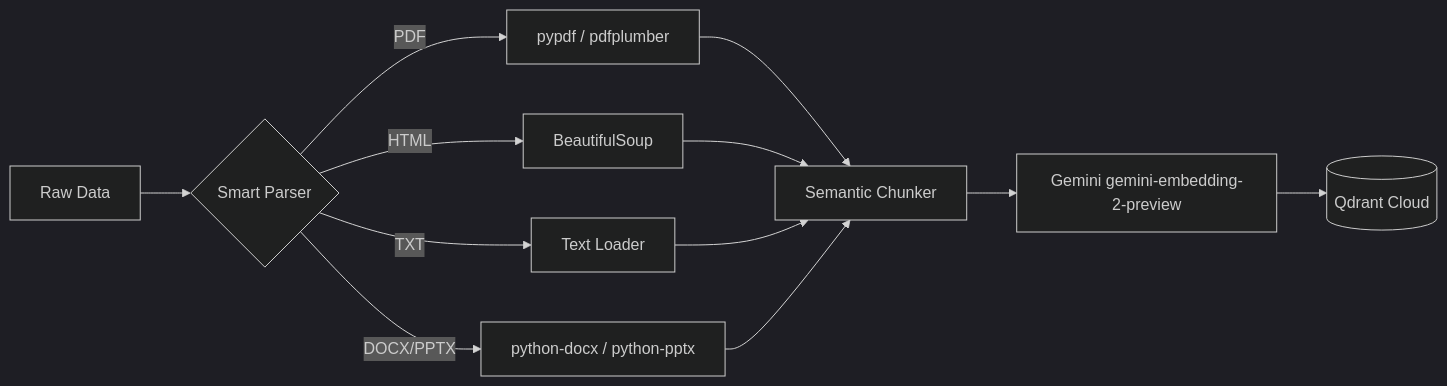
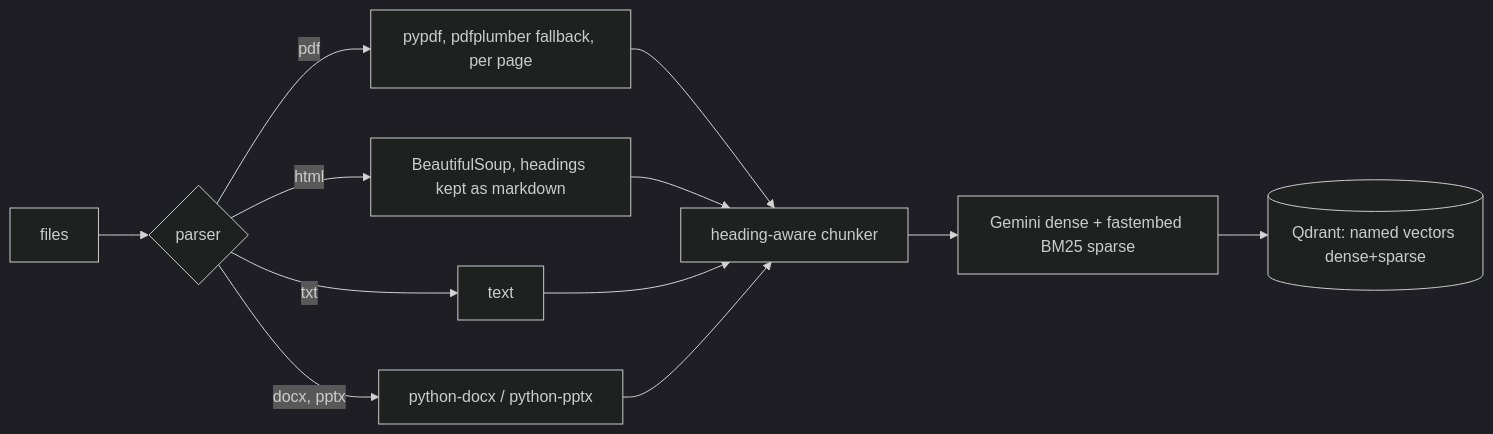
Before and after one commit to giri-harsh/prod-rag: the diagram in DOCS/02_INGESTION_ENGINE.md, drawn with Mermaid (dark theme). The commit also changed other lines of this file and 7 other files, not shown here.

Commit message:
O-5: docs rewritten to match the code (overview, ingestion, nodes, observability, gotchas, FlashRank, architecture, README with verification status); capacity numbers only from runs

````diff
--- a/DOCS/02_INGESTION_ENGINE.md
+++ b/DOCS/02_INGESTION_ENGINE.md
@@ -13,14 +5,14 @@
 ```mermaid
 graph LR
-    Raw[Raw Data] --> Parser{Smart Parser}
-    Parser -->|PDF| Local[pypdf / pdfplumber]
-    Parser -->|HTML| BS4[BeautifulSoup]
-    Parser -->|TXT| Simple[Text Loader]
-    Parser -->|DOCX/PPTX| Office[python-docx / python-pptx]
-    Local --> Chunker[Semantic Chunker]
-    BS4 --> Chunker
-    Simple --> Chunker
-    Office --> Chunker
-    Chunker --> Embedder[Gemini gemini-embedding-2-preview]
-    Embedder --> VectorDB[(Qdrant Cloud)]
+  F[files] --> P{parser}
+  P -->|pdf| PDF[pypdf, pdfplumber fallback, per page]
+  P -->|html| H[BeautifulSoup, headings kept as markdown]
+  P -->|txt| T[text]
+  P -->|docx, pptx| O[python-docx / python-pptx]
+  PDF --> C[heading-aware chunker]
+  H --> C
+  T --> C
+  O --> C
+  C --> E[Gemini dense + fastembed BM25 sparse]
+  E --> Q[(Qdrant: named vectors dense+sparse)]
 ```
````
